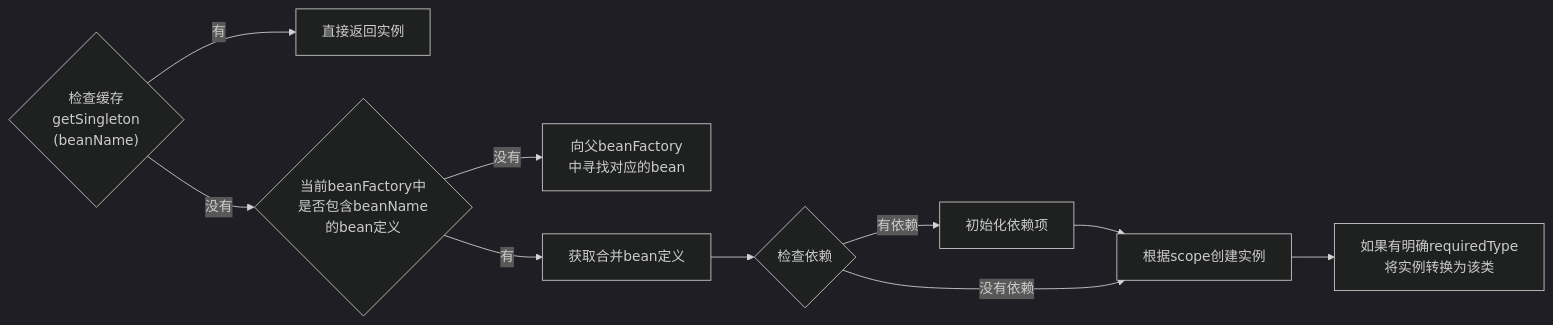
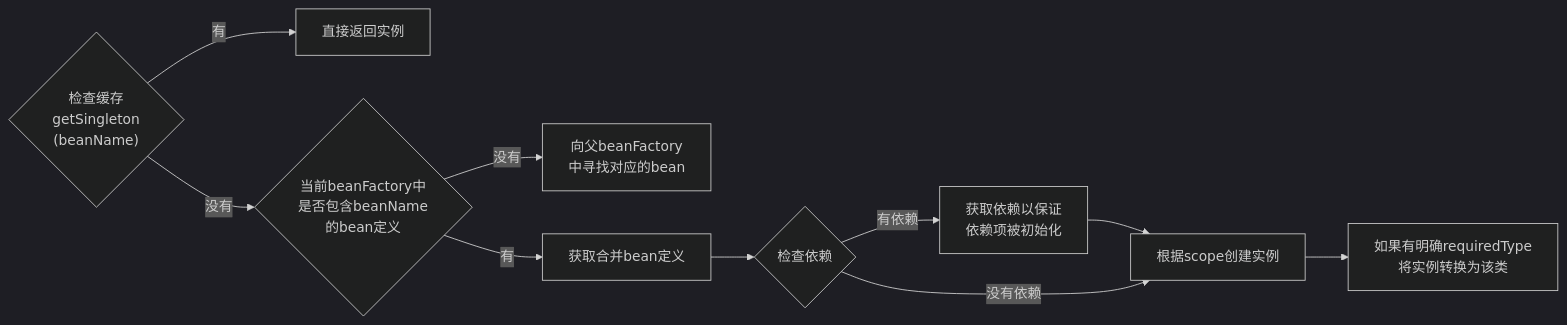
One commit to Nona9961/SpringSourceLearn changed the fourth of 4 diagrams in note/spring源码.md. Above: the diagram before and after it, drawn with Mermaid (dark theme). The commit also changed other lines of this file, not shown here.

````diff
--- a/note/spring源码.md
+++ b/note/spring源码.md
@@ -2745,9 +2745,9 @@
   ```mermaid
   graph LR
   a{"检查缓存<br/>getSingleton<br/>(beanName)"}--有-->b[直接返回实例] 
   a--没有--> c{当前beanFactory中<br/>是否包含beanName<br/>的bean定义}
   c--没有--> d[向父beanFactory<br/>中寻找对应的bean]
-  c--有--> 获取合并bean定义-->e{检查依赖} --有依赖--> f[初始化依赖项] -->g
+  c--有--> 获取合并bean定义-->e{检查依赖} --有依赖--> f[获取依赖以保证<br/>依赖项被初始化] -->g
   e--没有依赖--> g[根据scope创建实例] -->h[如果有明确requiredType<br/>将实例转换为该类]
   
   ```
````
